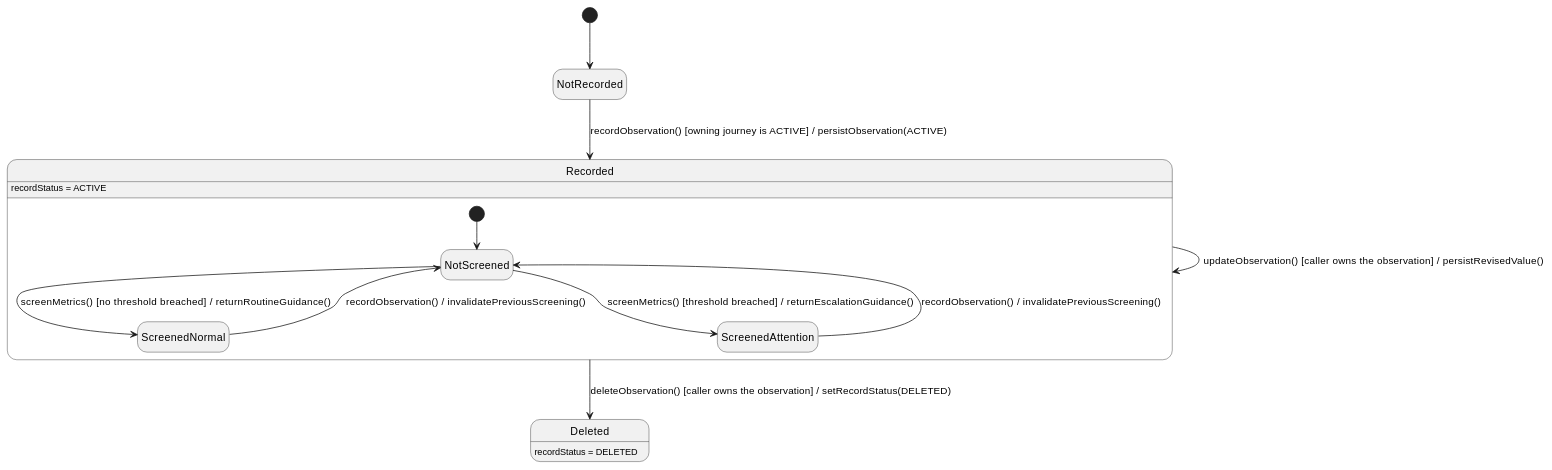
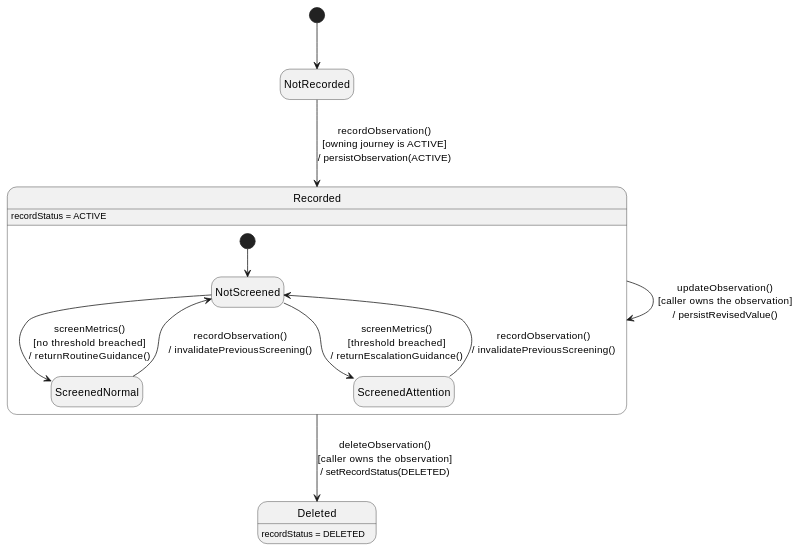
Before and after one commit to ChuongBDHE172784/CareBridge_SEP490_G79: the third of 3 diagrams in 03_Design/Detailed_Design/MF02_Mother_Care_Journey/02_Maternal_Metrics_Fetal_Movement_Hydration_and_AI_Screening.md, drawn with PlantUML. The commit also changed 61 other files, not shown here.

Commit message:
docs: update detailed design documentation and state chart diagrams across all feature modules

````diff
--- a/03_Design/Detailed_Design/MF02_Mother_Care_Journey/02_Maternal_Metrics_Fetal_Movement_Hydration_and_AI_Screening.md
+++ b/03_Design/Detailed_Design/MF02_Mother_Care_Journey/02_Maternal_Metrics_Fetal_Movement_Hydration_and_AI_Screening.md
@@ -317,21 +317,21 @@
 ```plantuml
 @startuml StateChartDiagram_02MaternalMetricsFetalMovementHydrationandAIScreening
 hide empty description
 [*] --> NotRecorded
 
-NotRecorded --> Recorded : recordObservation() [owning journey is ACTIVE] / persistObservation(ACTIVE)
-Recorded --> Recorded : updateObservation() [caller owns the observation] / persistRevisedValue()
-Recorded --> Deleted : deleteObservation() [caller owns the observation] / setRecordStatus(DELETED)
+NotRecorded --> Recorded : recordObservation()\n[owning journey is ACTIVE]\n/ persistObservation(ACTIVE)
+Recorded --> Recorded : updateObservation()\n[caller owns the observation]\n/ persistRevisedValue()
+Recorded --> Deleted : deleteObservation()\n[caller owns the observation]\n/ setRecordStatus(DELETED)
 
 state Recorded {
   [*] --> NotScreened
-  NotScreened --> ScreenedNormal : screenMetrics() [no threshold breached] / returnRoutineGuidance()
-  NotScreened --> ScreenedAttention : screenMetrics() [threshold breached] / returnEscalationGuidance()
-  ScreenedNormal --> NotScreened : recordObservation() / invalidatePreviousScreening()
-  ScreenedAttention --> NotScreened : recordObservation() / invalidatePreviousScreening()
+  NotScreened --> ScreenedNormal : screenMetrics()\n[no threshold breached]\n/ returnRoutineGuidance()
+  NotScreened --> ScreenedAttention : screenMetrics()\n[threshold breached]\n/ returnEscalationGuidance()
+  ScreenedNormal --> NotScreened : recordObservation()\n/ invalidatePreviousScreening()
+  ScreenedAttention --> NotScreened : recordObservation()\n/ invalidatePreviousScreening()
 }
 
 Recorded : recordStatus = ACTIVE
 Deleted : recordStatus = DELETED
 @enduml
 ```
````
